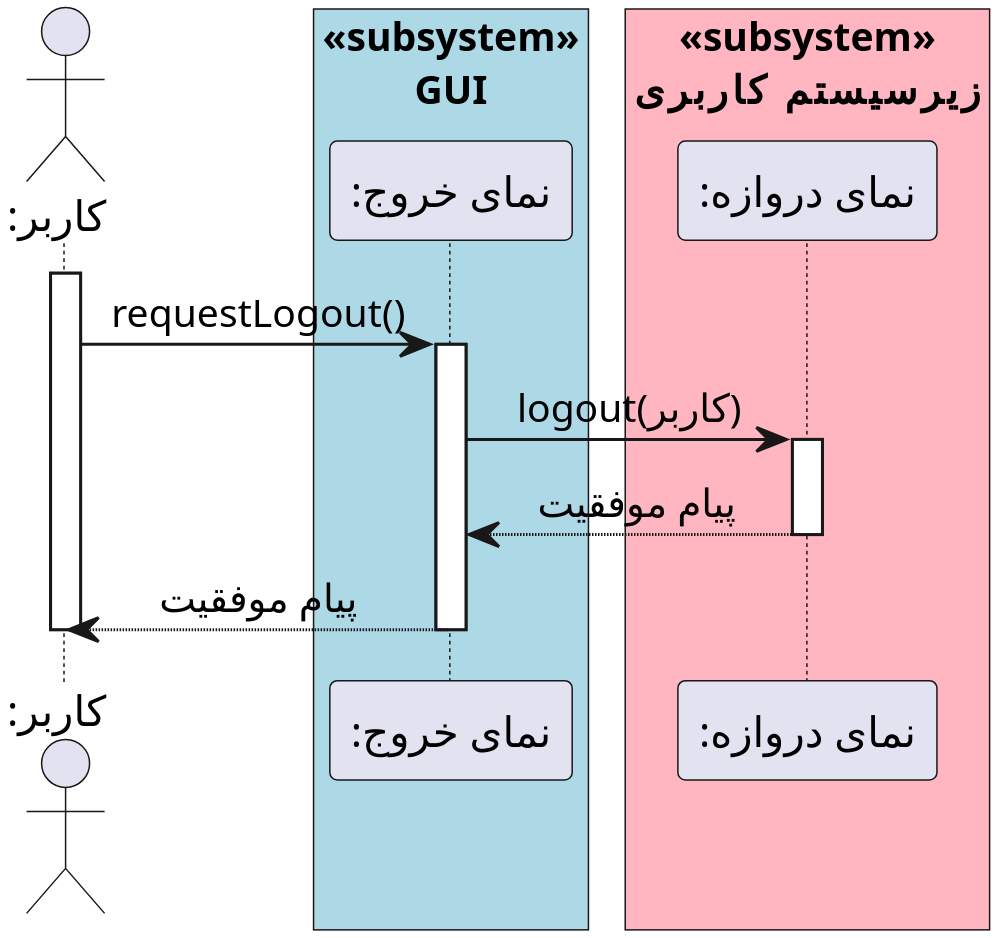
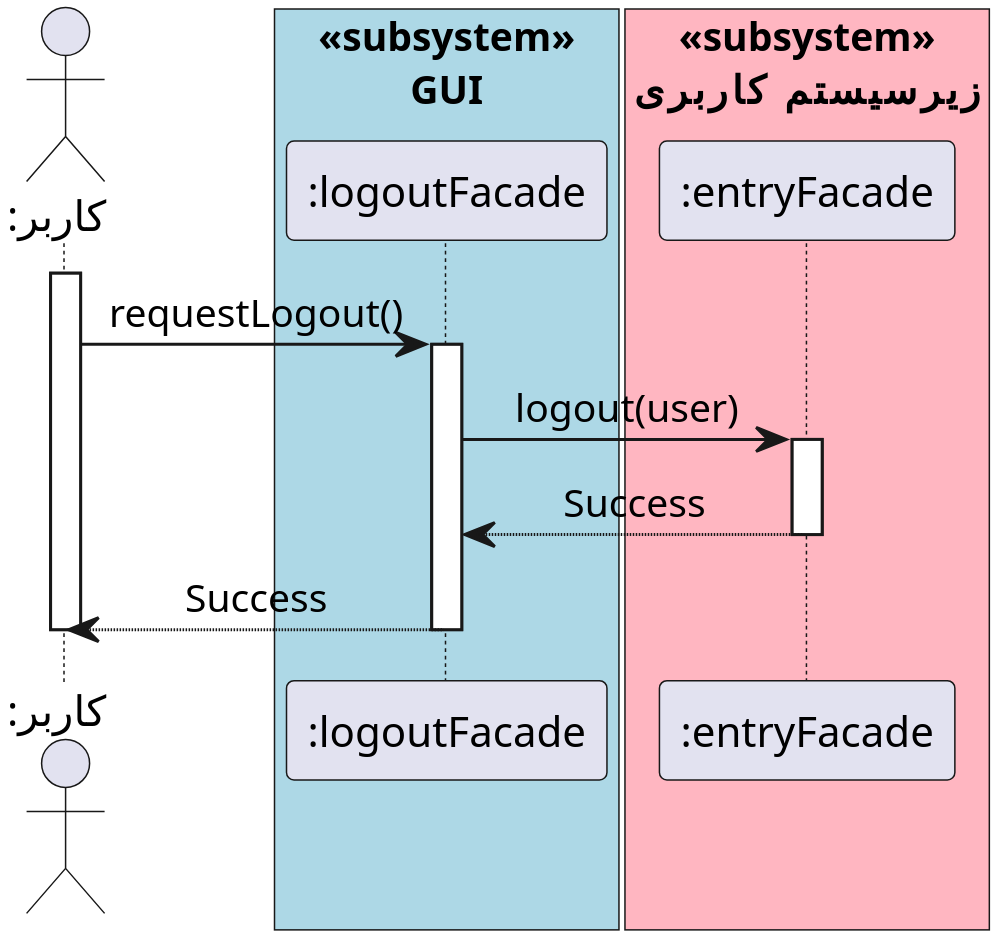
Before and after one commit to soleyman79/Qasedak: the diagram in Diagrams/Design Sequence/Logout.puml, drawn with PlantUML. The commit also changed 2 other files, not shown here.

```diff
--- a/Diagrams/Design Sequence/Logout.puml
+++ b/Diagrams/Design Sequence/Logout.puml
@@ -1,29 +1,29 @@
 @startuml logout
 
 
 scale 4
 skinparam DefaultFontName Vazir
 skinparam DefaultTextAlignment center
 
  
 actor ":کاربر" as user
 box "«subsystem»\nGUI" #LightBlue
-participant ":نمای خروج" as ui_facade
+participant ":logoutFacade" as ui
 end box
 box "«subsystem»\nزیرسیستم کاربری" #LightPink
-participant ":نمای دروازه" as gate_facade
+participant ":entryFacade" as entry_facade
 end box
 
 activate user
-user -> ui_facade: requestLogout()
-activate ui_facade
-ui_facade -> gate_facade: logout(کاربر)
-activate gate_facade
-gate_facade --> ui_facade: پیام موفقیت
-deactivate gate_facade
-ui_facade --> user: پیام موفقیت
-deactivate ui_facade
+user -> ui: requestLogout()
+activate ui
+ui -> entry_facade: logout(user)
+activate entry_facade
+entry_facade --> ui: Success
+deactivate entry_facade
+ui --> user: Success
+deactivate ui
 deactivate user
 
 
 @enduml
```
